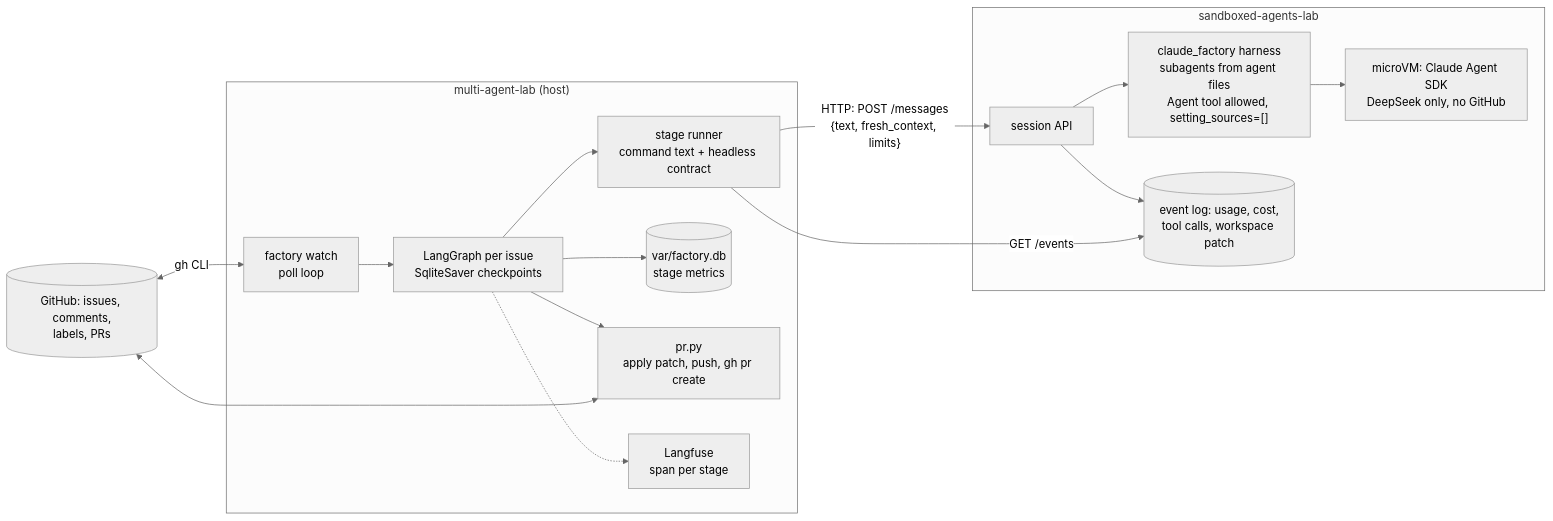
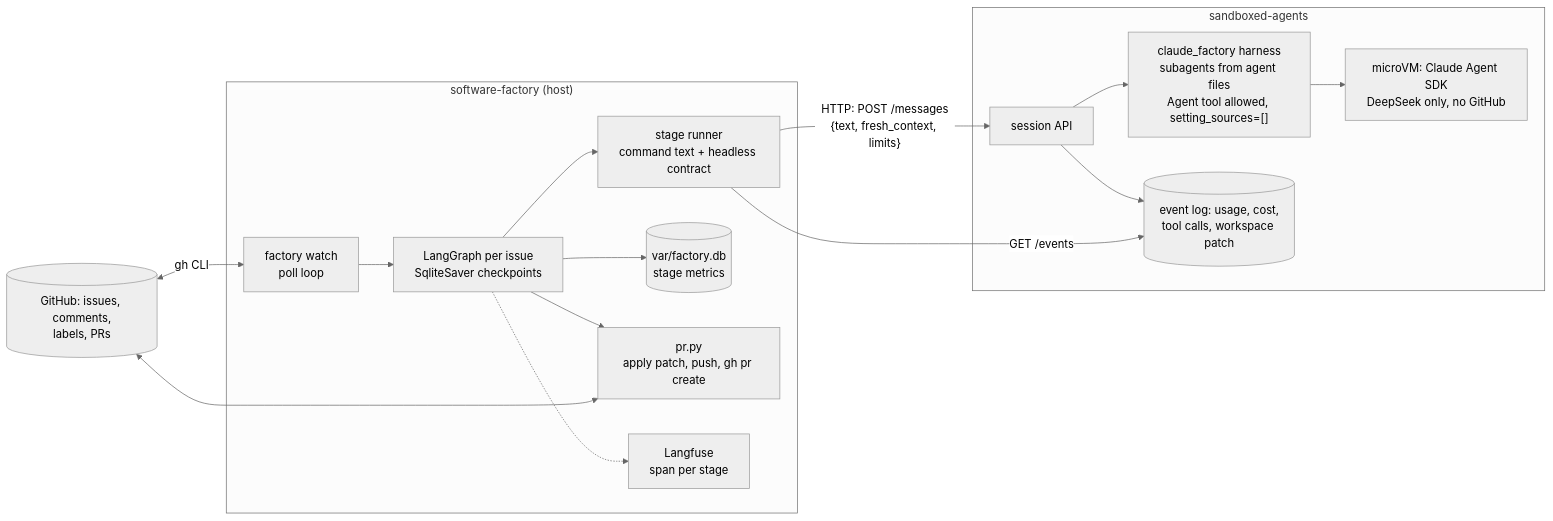
The second of 3 diagrams in README.md (morri5/software-factory), drawn with Mermaid (neutral theme) before and after one commit. The commit also changed other lines of this file and 6 other files, not shown here.

Commit message:
chore: rename project to software-factory

````diff
--- a/README.md
+++ b/README.md
@@ -40,19 +40,19 @@
 ```mermaid
 flowchart LR
-    subgraph HOST["multi-agent-lab (host)"]
+    subgraph HOST["software-factory (host)"]
         W[factory watch<br/>poll loop] --> G[LangGraph per issue<br/>SqliteSaver checkpoints]
         G --> ST[stage runner<br/>command text + headless contract]
         G --> M[(var/factory.db<br/>stage metrics)]
         G --> PR[pr.py<br/>apply patch, push, gh pr create]
         G -.-> LF[Langfuse<br/>span per stage]
     end
     GH[(GitHub: issues, comments,<br/>labels, PRs)] <-->|gh CLI| W
     GH <--> PR
     ST -->|"HTTP: POST /messages<br/>{text, fresh_context, limits}"| API
-    subgraph SAL["sandboxed-agents-lab"]
+    subgraph SAL["sandboxed-agents"]
         API[session API] --> H["claude_factory harness<br/>subagents from agent files<br/>Agent tool allowed, setting_sources=[]"]
         H --> VM[microVM: Claude Agent SDK<br/>DeepSeek only, no GitHub]
         API --> LOG[(event log: usage, cost,<br/>tool calls, workspace patch)]
     end
     ST -->|"GET /events"| LOG
 ```
````
